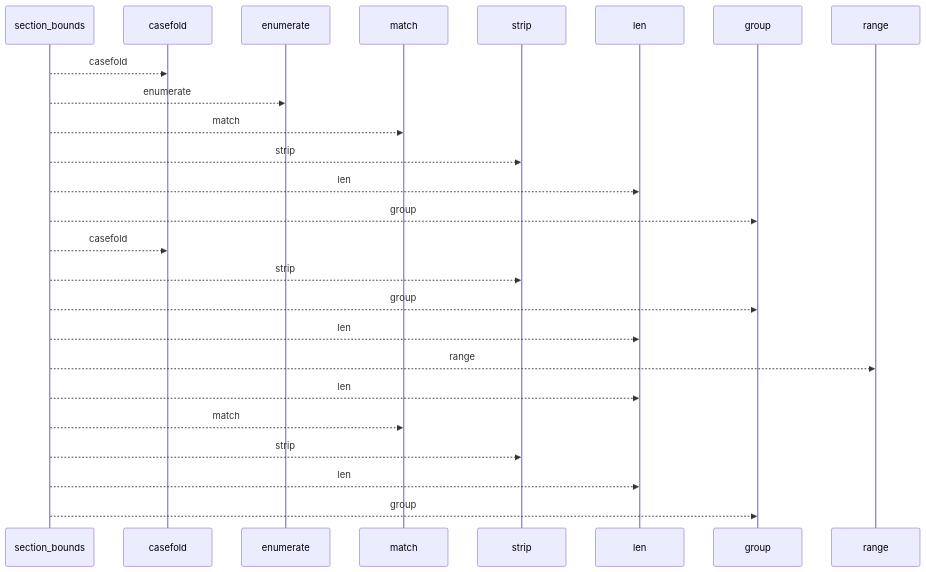
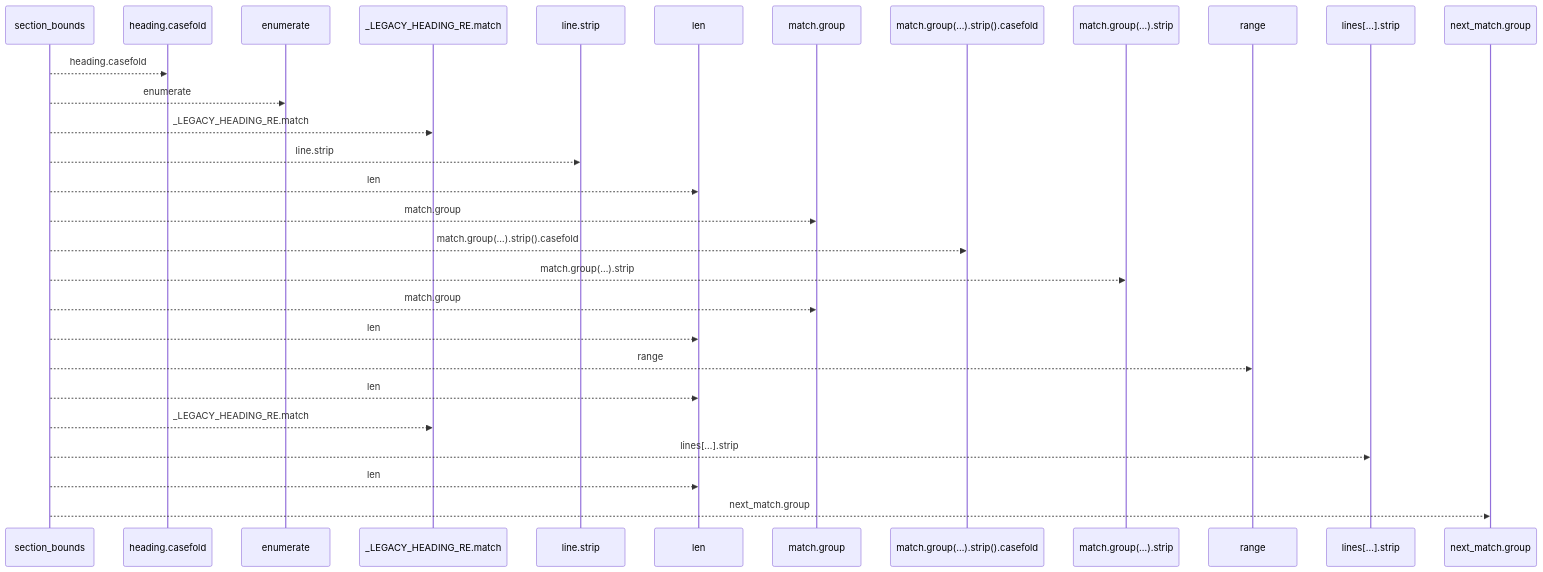
One commit to Denissvgn/python-wiki-llm changed the first of 2 diagrams in docs/llm_wiki/flows/api-section_bounds.md. Above: the diagram before and after it, drawn with Mermaid. The commit also changed other lines of this file and 719 other files, not shown here.

````diff
--- a/docs/llm_wiki/flows/api-section_bounds.md
+++ b/docs/llm_wiki/flows/api-section_bounds.md
@@ -10,27 +10,31 @@
 ```mermaid
 sequenceDiagram
     participant p0 as section_bounds
-    participant p1 as casefold
+    participant p1 as heading.casefold
     participant p2 as enumerate
-    participant p3 as match
-    participant p4 as strip
+    participant p3 as _LEGACY_HEADING_RE.match
+    participant p4 as line.strip
     participant p5 as len
-    participant p6 as group
-    participant p7 as range
-    p0-->>p1: casefold
+    participant p6 as match.group
+    participant p7 as match.group(…).strip().casefold
+    participant p8 as match.group(…).strip
+    participant p9 as range
+    participant p10 as lines[…].strip
+    participant p11 as next_match.group
+    p0-->>p1: heading.casefold
     p0-->>p2: enumerate
-    p0-->>p3: match
-    p0-->>p4: strip
+    p0-->>p3: _LEGACY_HEADING_RE.match
+    p0-->>p4: line.strip
     p0-->>p5: len
-    p0-->>p6: group
-    p0-->>p1: casefold
-    p0-->>p4: strip
-    p0-->>p6: group
+    p0-->>p6: match.group
+    p0-->>p7: match.group(…).strip().casefold
+    p0-->>p8: match.group(…).strip
+    p0-->>p6: match.group
     p0-->>p5: len
-    p0-->>p7: range
+    p0-->>p9: range
     p0-->>p5: len
-    p0-->>p3: match
-    p0-->>p4: strip
+    p0-->>p3: _LEGACY_HEADING_RE.match
+    p0-->>p10: lines[…].strip
     p0-->>p5: len
-    p0-->>p6: group
+    p0-->>p11: next_match.group
 ```
````
